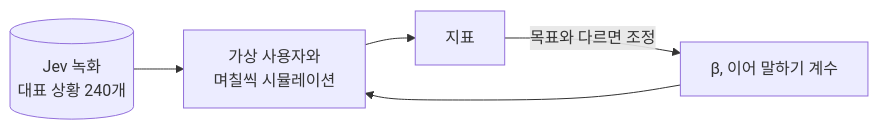
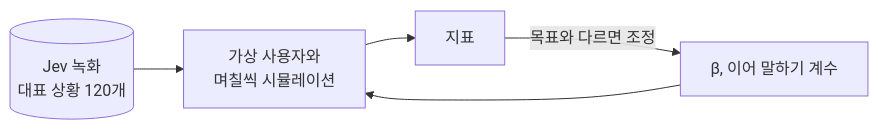
One commit to HEOSEONGILml/AssistantChatBot changed the eighth of 9 diagrams in ARCHITECTURE.md. Above: the diagram before and after it, drawn with Mermaid. The commit also changed other lines of this file and 117 other files, not shown here.

````diff
--- a/ARCHITECTURE.md
+++ b/ARCHITECTURE.md
@@ -466,7 +374,7 @@
 ```mermaid
 flowchart LR
-  REC[("Jev 녹화<br>대표 상황 240개")] --> SIM["가상 사용자와<br>며칠씩 시뮬레이션"]
+  REC[("Jev 녹화<br>대표 상황 120개")] --> SIM["가상 사용자와<br>며칠씩 시뮬레이션"]
   BETA["β, 이어 말하기 계수"] --> SIM
   SIM --> STAT["지표"]
   STAT -->|"목표와 다르면 조정"| BETA
 ```
````
